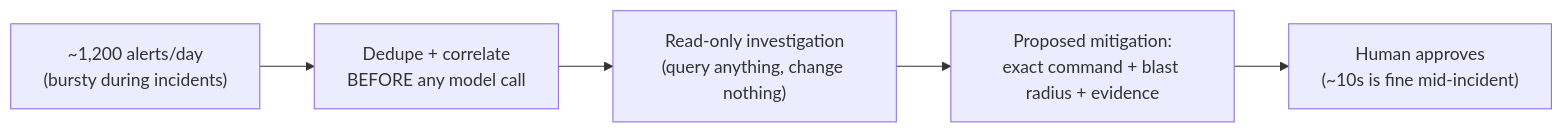
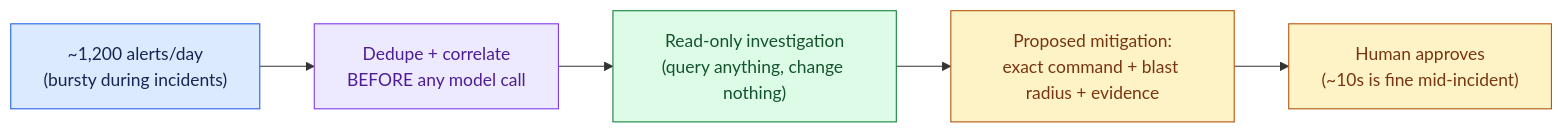
One commit to Sourav692/Forward-Deployed-Engineer-Interview-Prep changed the fourth of 6 diagrams in site/content/modules/15-fde-case-studies/agents-that-act/sre-incident-response-agent/full-pack-part-2.md. Above: the diagram before and after it, drawn with Mermaid. The commit also changed other lines of this file and 1268 other files, not shown here.

First line of the commit message:
content: polish Casebook writing and Mermaid diagrams (#251)

````diff
--- a/site/content/modules/15-fde-case-studies/agents-that-act/sre-incident-response-agent/full-pack-part-2.md
+++ b/site/content/modules/15-fde-case-studies/agents-that-act/sre-incident-response-agent/full-pack-part-2.md
@@ -94,7 +131,17 @@
 ```mermaid
 flowchart LR
     A["~1,200 alerts/day<br/>(bursty during incidents)"] --> B["Dedupe + correlate<br/>BEFORE any model call"]
     B --> C["Read-only investigation<br/>(query anything, change nothing)"]
     C --> D["Proposed mitigation:<br/>exact command + blast radius + evidence"]
     D --> E["Human approves<br/>(~10s is fine mid-incident)"]
+
+    %% Casebook colours: entry, reasoning, results, controls, and stopped paths.
+    classDef cbInput fill:#dbeafe,stroke:#2563eb,color:#172554
+    class A cbInput
+    classDef cbReason fill:#ede9fe,stroke:#7c3aed,color:#4c1d95
+    class B cbReason
+    classDef cbAction fill:#dcfce7,stroke:#15803d,color:#14532d
+    class C cbAction
+    classDef cbPolicy fill:#fef3c7,stroke:#b45309,color:#78350f
+    class D,E cbPolicy
 ```
````
